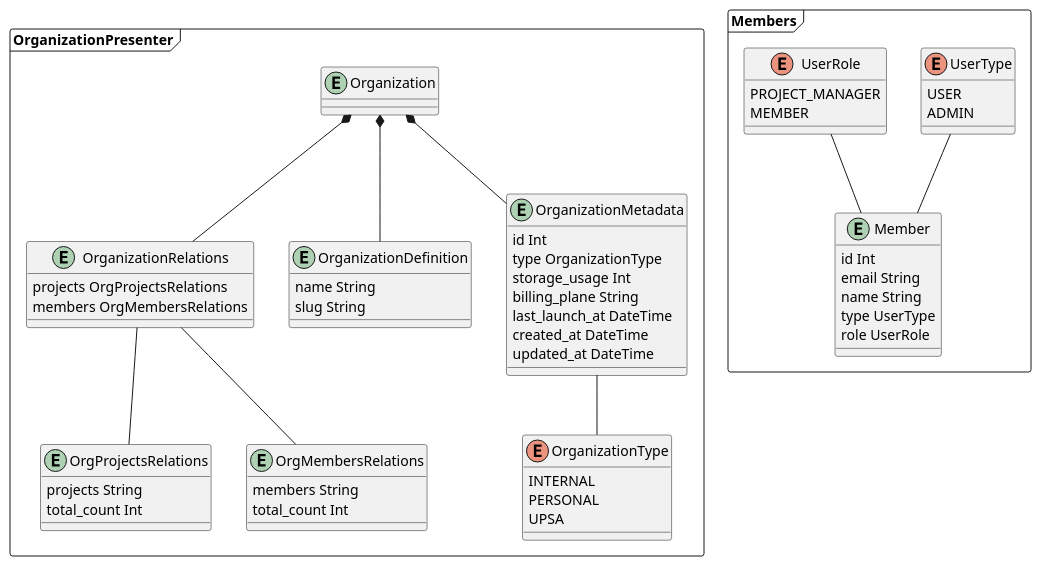
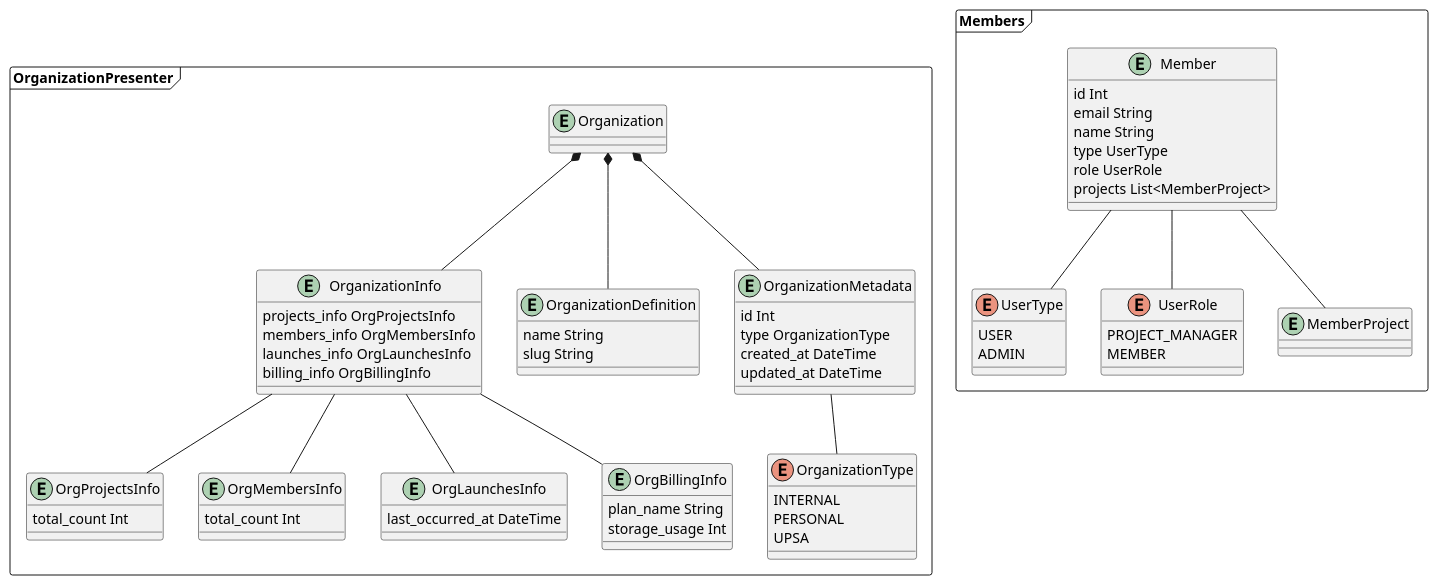
One commit to reportportal/api-registry changed the diagram in docs/organizations/orgnizations.puml. Above: the diagram before and after it, drawn with PlantUML. The commit also changed 1 other file, not shown here.

Commit message:
Update organization API endpoint and related schemas

```diff
--- a/docs/organizations/orgnizations.puml
+++ b/docs/organizations/orgnizations.puml
@@ -5,75 +5,88 @@
 @startuml organizational-entities
 
 frame OrganizationPresenter {
 
   entity OrganizationDefinition {
     name String
     slug String
   }
 
   entity OrganizationMetadata {
     id Int
     type OrganizationType
-    storage_usage Int
-    billing_plane String
-    last_launch_at DateTime
     created_at DateTime
     updated_at DateTime
   }
 
-  entity OrganizationRelations {
-    projects OrgProjectsRelations
-    members OrgMembersRelations
+  entity OrganizationInfo {
+    projects_info OrgProjectsInfo
+    members_info OrgMembersInfo
+    launches_info OrgLaunchesInfo
+    billing_info OrgBillingInfo
   }
 
-  entity OrgProjectsRelations {
-    projects String
+  entity OrgProjectsInfo {
     total_count Int
   }
-  OrgProjectsRelations -up- OrganizationRelations
+  OrgProjectsInfo -up- OrganizationInfo
 
-  entity OrgMembersRelations {
-    members String
+  entity OrgMembersInfo {
     total_count Int
   }
-  OrgMembersRelations -up- OrganizationRelations
+  OrgMembersInfo -up- OrganizationInfo
+
+  entity OrgLaunchesInfo {
+    last_occurred_at DateTime
+  }
+  OrgLaunchesInfo -up- OrganizationInfo
+
+  entity OrgBillingInfo {
+    plan_name String
+    storage_usage Int
+  }
+  OrgBillingInfo -up- OrganizationInfo
 
   enum OrganizationType {
     INTERNAL
     PERSONAL
     UPSA
   }
   OrganizationMetadata -- OrganizationType
 
   entity Organization
   Organization *-- OrganizationDefinition
   Organization *-- OrganizationMetadata
-  Organization *-- OrganizationRelations
+  Organization *-- OrganizationInfo
 
 }
 
 frame Members {
 
   entity Member {
     id Int
     email String
     name String
     type UserType
     role UserRole
+    projects List<MemberProject>
   }
 
   enum UserType {
     USER
     ADMIN
   }
-  UserType -- Member
+  UserType -up- Member
 
   enum UserRole {
     PROJECT_MANAGER
     MEMBER
   }
-  UserRole -- Member
+  UserRole -up- Member
+
+  entity MemberProject {
+  }
+  MemberProject -up- Member
 
 }
 
 @enduml
```
